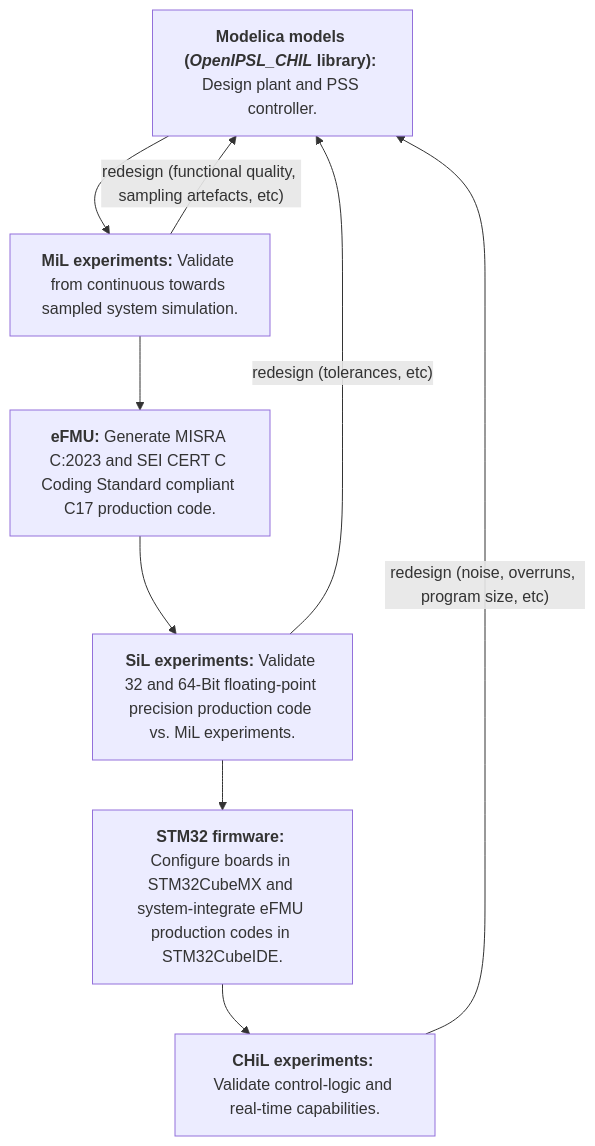
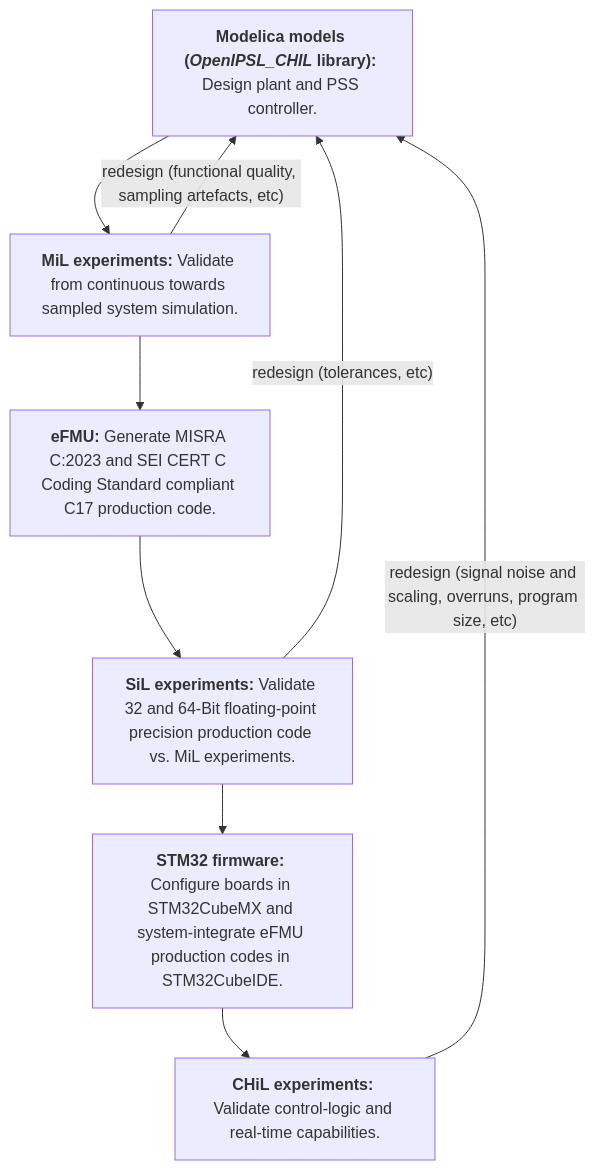
Before and after one commit to ALSETLab/efmi-pss-use-case: the diagram in README.md, drawn with Mermaid. The commit also changed other lines of this file, not shown here.

````diff
--- a/README.md
+++ b/README.md
@@ -35,11 +35,11 @@
 ```mermaid
 flowchart TD
   A["`**Modelica models (_OpenIPSL_CHIL_ library):** Design plant and PSS controller.`"] --> B["`**MiL experiments:** Validate from continuous towards sampled system simulation.`"]
   B -- redesign (functional quality, sampling artefacts, etc) --> A
   B --> C["`**eFMU:** Generate MISRA C:2023 and SEI CERT C Coding Standard compliant C17 production code.`"]
   C --> D["`**SiL experiments:** Validate 32 and 64-Bit floating-point precision production code vs. MiL experiments.`"]
   D -- redesign (tolerances, etc) --> A
   D --> E["`**STM32 firmware:** Configure boards in STM32CubeMX and system-integrate eFMU production codes in STM32CubeIDE.`"]
   E --> F["`**CHiL experiments:** Validate control-logic and real-time capabilities.`"]
-  F -- redesign (noise, overruns, program size, etc) --> A
+  F -- redesign (signal noise and scaling, overruns, program size, etc) --> A
 ```
````
